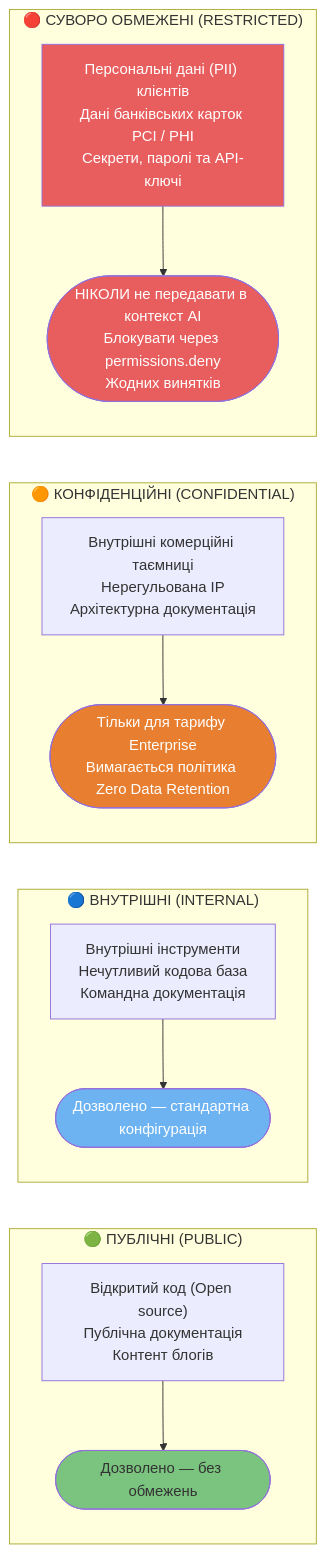
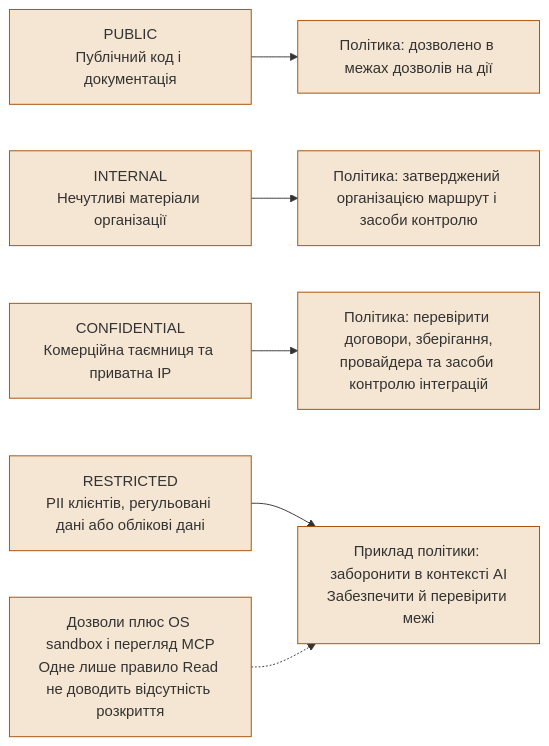
Before and after one commit to sermers-cyber/claude-code-ultimate-guide-ua: the third of 4 diagrams in guide/diagrams/12-enterprise-governance.uk.md, drawn with Mermaid. The commit also changed other lines of this file and 80 other files, not shown here.

````diff
--- a/guide/diagrams/12-enterprise-governance.uk.md
+++ b/guide/diagrams/12-enterprise-governance.uk.md
@@ -149,42 +126,20 @@
 ```mermaid
 flowchart LR
-    subgraph PUBLIC["🟢 ПУБЛІЧНІ (PUBLIC)"]
-        PU1["Відкритий код (Open source)<br/>Публічна документація<br/>Контент блогів"]
-        PU2(["Дозволено — без обмежень"])
-    end
+    A[PUBLIC<br/>Публічний код і документація] --> B[Політика: дозволено в межах дозволів на дії]
+    C[INTERNAL<br/>Нечутливі матеріали організації] --> D[Політика: затверджений організацією маршрут і засоби контролю]
+    E[CONFIDENTIAL<br/>Комерційна таємниця та приватна IP] --> F[Політика: перевірити договори, зберігання,<br/>провайдера та засоби контролю інтеграцій]
+    G[RESTRICTED<br/>PII клієнтів, регульовані дані або облікові дані] --> H[Приклад політики: заборонити в контексті AI<br/>Забезпечити й перевірити межі]
+    I[Дозволи плюс OS sandbox і перегляд MCP<br/>Одне лише правило Read не доводить відсутність розкриття] -.-> H
 
-    subgraph INTERNAL["🔵 ВНУТРІШНІ (INTERNAL)"]
-        IN1["Внутрішні інструменти<br/>Нечутливий кодова база<br/>Командна документація"]
-        IN2(["Дозволено — стандартна конфігурація"])
-    end
-
-    subgraph CONFIDENTIAL["🟠 КОНФІДЕНЦІЙНІ (CONFIDENTIAL)"]
-        CO1["Внутрішні комерційні таємниці<br/>Нерегульована IP<br/>Архітектурна документація"]
-        CO2(["Тільки для тарифу Enterprise<br/>Вимагається політика Zero Data Retention"])
-    end
-
-    subgraph RESTRICTED["🔴 СУВОРО ОБМЕЖЕНІ (RESTRICTED)"]
-        RE1["Персональні дані (PII) клієнтів<br/>Дані банківських карток PCI / PHI<br/>Секрети, паролі та API-ключі"]
-        RE2(["НІКОЛИ не передавати в контекст AI<br/>Блокувати через permissions.deny<br/>Жодних винятків"])
-    end
-
-    PU1 --> PU2
-    IN1 --> IN2
-    CO1 --> CO2
-    RE1 --> RE2
-
-    style PU2 fill:#7BC47F,color:#333
-    style IN2 fill:#6DB3F2,color:#fff
-    style CO2 fill:#E87E2F,color:#fff
-    style RE2 fill:#E85D5D,color:#fff
-    style RE1 fill:#E85D5D,color:#fff
-
-    click PU1 href "https://github.com/gerasimsergey/claude-code-ultimate-guide-ua/blob/main/guide/security/enterprise-governance.md#2-ai-usage-charter" "PUBLIC data"
-    click IN1 href "https://github.com/gerasimsergey/claude-code-ultimate-guide-ua/blob/main/guide/security/enterprise-governance.md#2-ai-usage-charter" "INTERNAL data"
-    click CO1 href "https://github.com/gerasimsergey/claude-code-ultimate-guide-ua/blob/main/guide/security/enterprise-governance.md#2-ai-usage-charter" "CONFIDENTIAL data"
-    click RE1 href "https://github.com/gerasimsergey/claude-code-ultimate-guide-ua/blob/main/guide/security/enterprise-governance.md#2-ai-usage-charter" "RESTRICTED data"
-    click PU2 href "https://github.com/gerasimsergey/claude-code-ultimate-guide-ua/blob/main/guide/security/enterprise-governance.md#2-ai-usage-charter" "PUBLIC: allowed"
-    click IN2 href "https://github.com/gerasimsergey/claude-code-ultimate-guide-ua/blob/main/guide/security/enterprise-governance.md#2-ai-usage-charter" "INTERNAL: standard config"
-    click CO2 href "https://github.com/gerasimsergey/claude-code-ultimate-guide-ua/blob/main/guide/security/enterprise-governance.md#2-ai-usage-charter" "CONFIDENTIAL: Enterprise only"
-    click RE2 href "https://github.com/gerasimsergey/claude-code-ultimate-guide-ua/blob/main/guide/security/enterprise-governance.md#2-ai-usage-charter" "RESTRICTED: never in AI context"
+    classDef diagramNode fill:#F5E6D3,color:#333,stroke:#A64B00
+    class A,B,C,D,E,F,G,H,I diagramNode
+    click A href "https://github.com/FlorianBruniaux/claude-code-ultimate-guide/blob/main/guide/security/enterprise-governance.md#2-ai-usage-charter" "View in guide"
+    click B href "https://github.com/FlorianBruniaux/claude-code-ultimate-guide/blob/main/guide/security/enterprise-governance.md#2-ai-usage-charter" "View in guide"
+    click C href "https://github.com/FlorianBruniaux/claude-code-ultimate-guide/blob/main/guide/security/enterprise-governance.md#2-ai-usage-charter" "View in guide"
+    click D href "https://github.com/FlorianBruniaux/claude-code-ultimate-guide/blob/main/guide/security/enterprise-governance.md#2-ai-usage-charter" "View in guide"
+    click E href "https://github.com/FlorianBruniaux/claude-code-ultimate-guide/blob/main/guide/security/enterprise-governance.md#2-ai-usage-charter" "View in guide"
+    click F href "https://github.com/FlorianBruniaux/claude-code-ultimate-guide/blob/main/guide/security/enterprise-governance.md#2-ai-usage-charter" "View in guide"
+    click G href "https://github.com/FlorianBruniaux/claude-code-ultimate-guide/blob/main/guide/security/enterprise-governance.md#2-ai-usage-charter" "View in guide"
+    click H href "https://github.com/FlorianBruniaux/claude-code-ultimate-guide/blob/main/guide/security/enterprise-governance.md#2-ai-usage-charter" "View in guide"
+    click I href "https://github.com/FlorianBruniaux/claude-code-ultimate-guide/blob/main/guide/security/enterprise-governance.md#2-ai-usage-charter" "View in guide"
 ```
````
